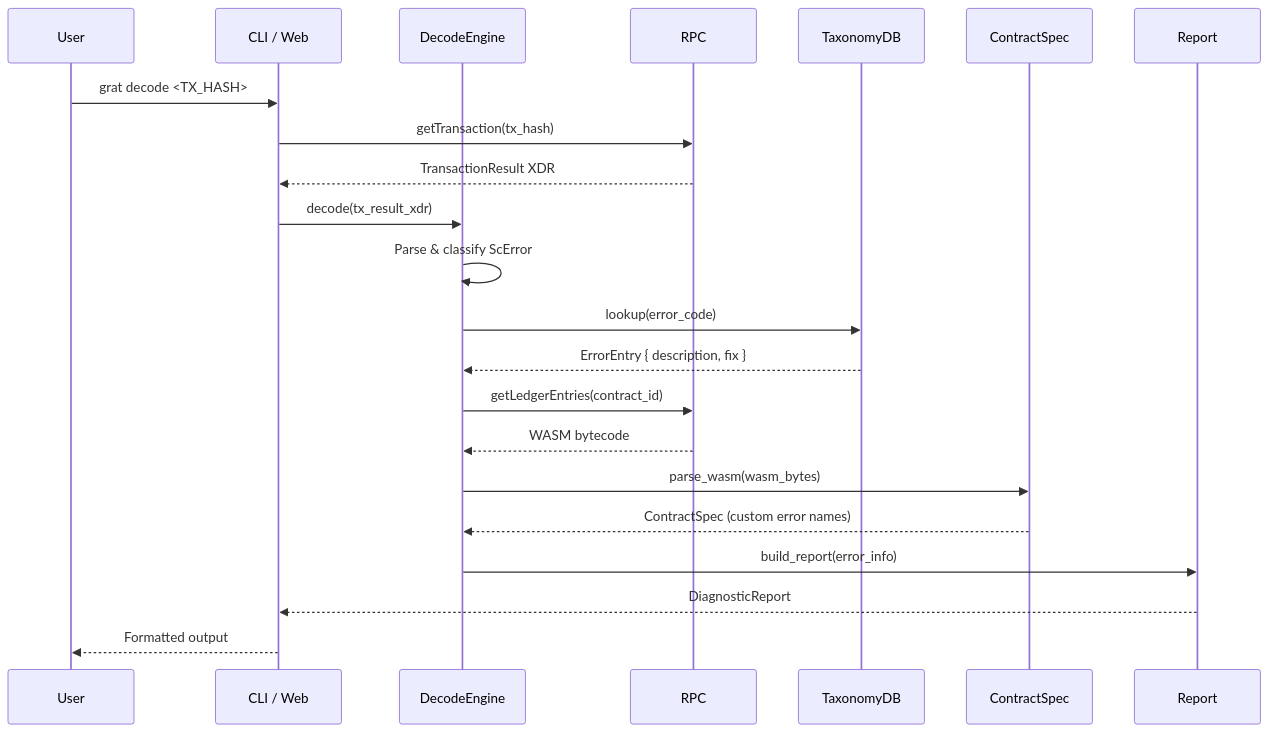
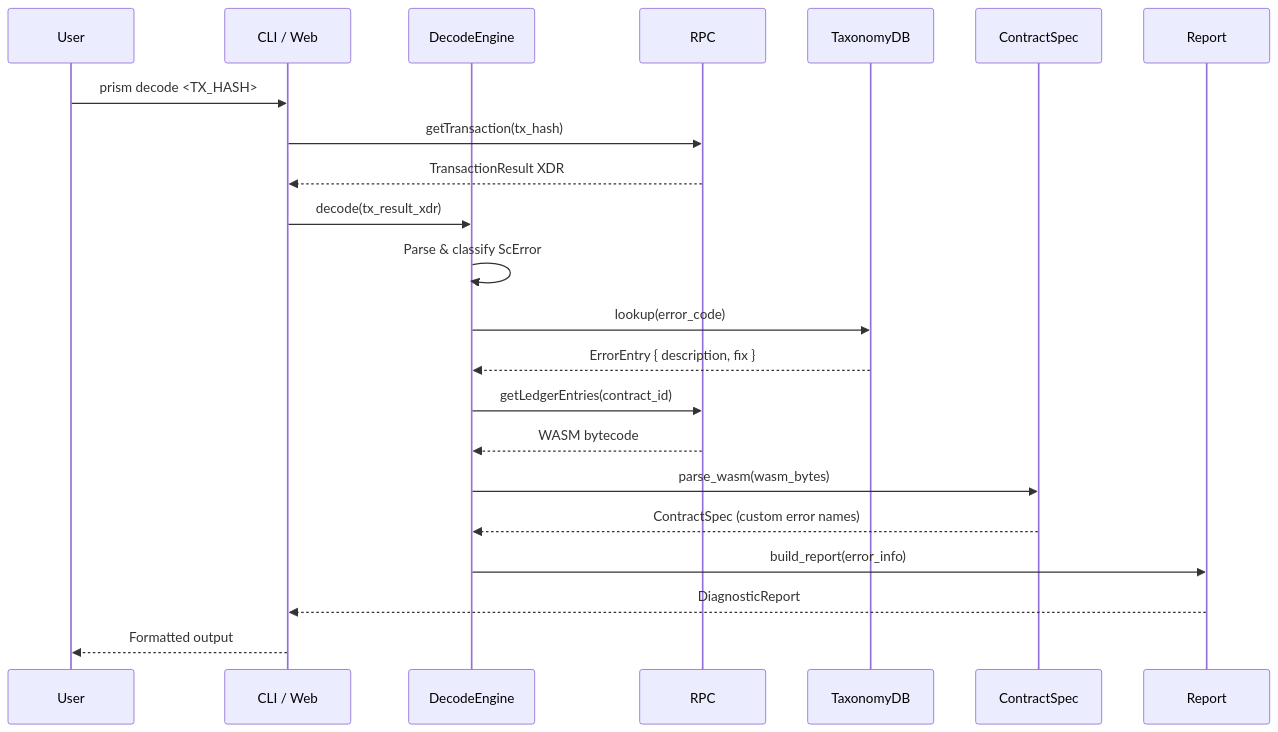
One commit to DevNiola/Prism changed the second of 5 diagrams in docs/architecture/overview.md. Above: the diagram before and after it, drawn with Mermaid. The commit also changed other lines of this file and 72 other files, not shown here.

Commit message:
docs: standardize Prism CLI and engine naming

````diff
--- a/docs/architecture/overview.md
+++ b/docs/architecture/overview.md
@@ -118,25 +118,25 @@
 ```mermaid
 sequenceDiagram
     participant User
     participant CLI / Web
     participant DecodeEngine
     participant RPC
     participant TaxonomyDB
     participant ContractSpec
     participant Report
 
-    User->>CLI / Web: grat decode <TX_HASH>
+    User->>CLI / Web: prism decode <TX_HASH>
     CLI / Web->>RPC: getTransaction(tx_hash)
     RPC-->>CLI / Web: TransactionResult XDR
     CLI / Web->>DecodeEngine: decode(tx_result_xdr)
     DecodeEngine->>DecodeEngine: Parse & classify ScError
     DecodeEngine->>TaxonomyDB: lookup(error_code)
     TaxonomyDB-->>DecodeEngine: ErrorEntry { description, fix }
     DecodeEngine->>RPC: getLedgerEntries(contract_id)
     RPC-->>DecodeEngine: WASM bytecode
     DecodeEngine->>ContractSpec: parse_wasm(wasm_bytes)
     ContractSpec-->>DecodeEngine: ContractSpec (custom error names)
     DecodeEngine->>Report: build_report(error_info)
     Report-->>CLI / Web: DiagnosticReport
     CLI / Web-->>User: Formatted output
 ```
````
